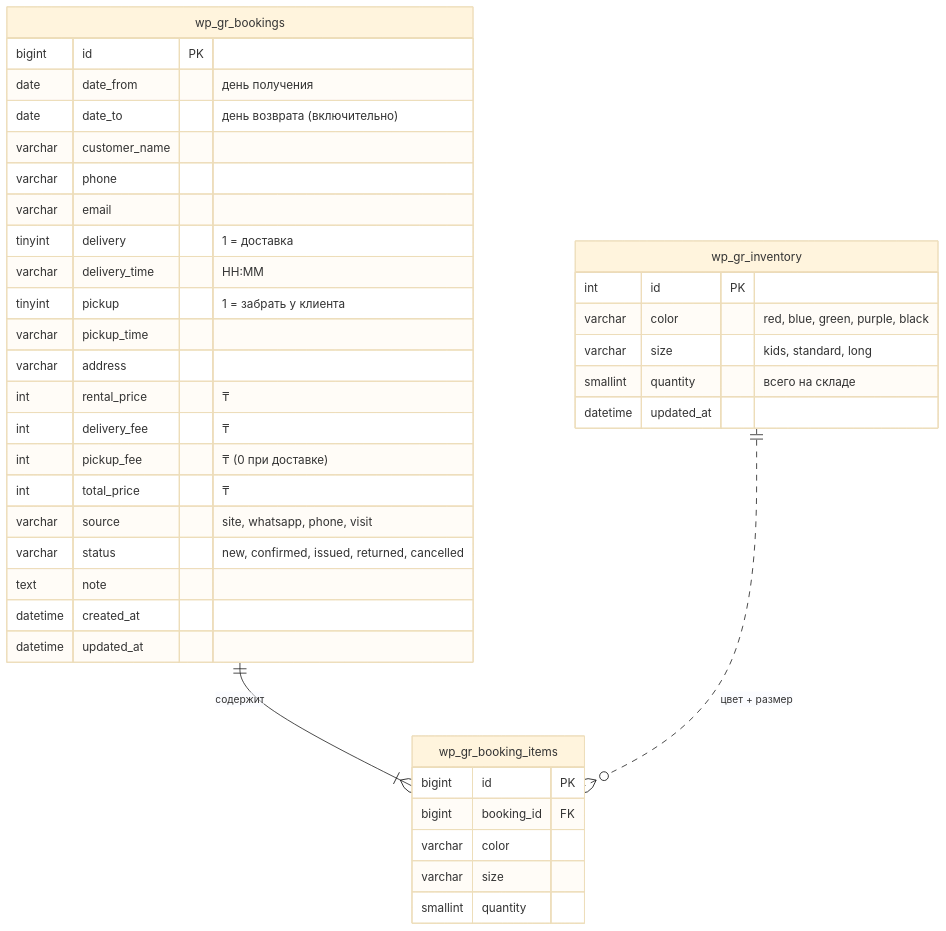
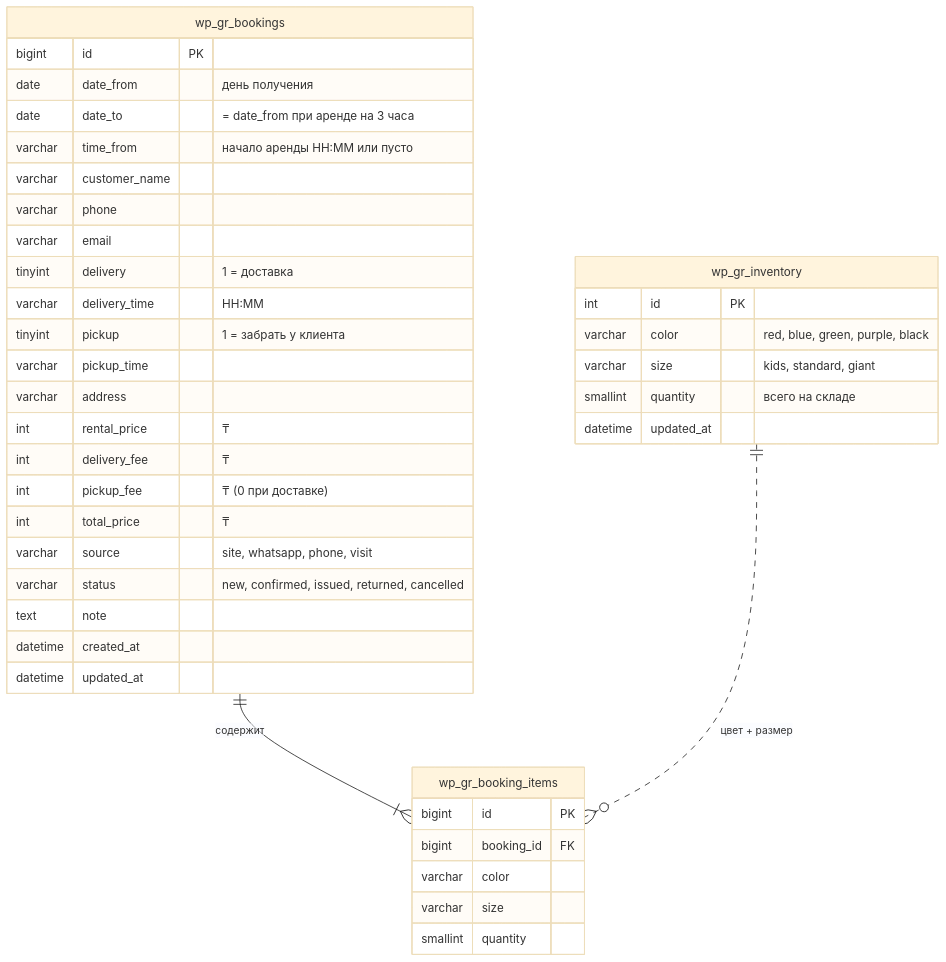
One commit to tampo0/gown-rental changed the diagram in README.md. Above: the diagram before and after it, drawn with Mermaid (base theme). The commit also changed other lines of this file and 43 other files, not shown here.

````diff
--- a/README.md
+++ b/README.md
@@ -63,42 +71,43 @@
 ```mermaid
 erDiagram
     wp_gr_bookings ||--|{ wp_gr_booking_items : "содержит"
     wp_gr_inventory ||..o{ wp_gr_booking_items : "цвет + размер"
 
     wp_gr_inventory {
         int id PK
         varchar color "red, blue, green, purple, black"
-        varchar size "kids, standard, long"
+        varchar size "kids, standard, giant"
         smallint quantity "всего на складе"
         datetime updated_at
     }
     wp_gr_bookings {
         bigint id PK
         date date_from "день получения"
-        date date_to "день возврата (включительно)"
+        date date_to "= date_from при аренде на 3 часа"
+        varchar time_from "начало аренды HH:MM или пусто"
         varchar customer_name
         varchar phone
         varchar email
         tinyint delivery "1 = доставка"
         varchar delivery_time "HH:MM"
         tinyint pickup "1 = забрать у клиента"
         varchar pickup_time
         varchar address
         int rental_price "₸"
         int delivery_fee "₸"
         int pickup_fee "₸ (0 при доставке)"
         int total_price "₸"
         varchar source "site, whatsapp, phone, visit"
         varchar status "new, confirmed, issued, returned, cancelled"
         text note
         datetime created_at
         datetime updated_at
     }
     wp_gr_booking_items {
         bigint id PK
         bigint booking_id FK
         varchar color
         varchar size
         smallint quantity
     }
 ```
````
